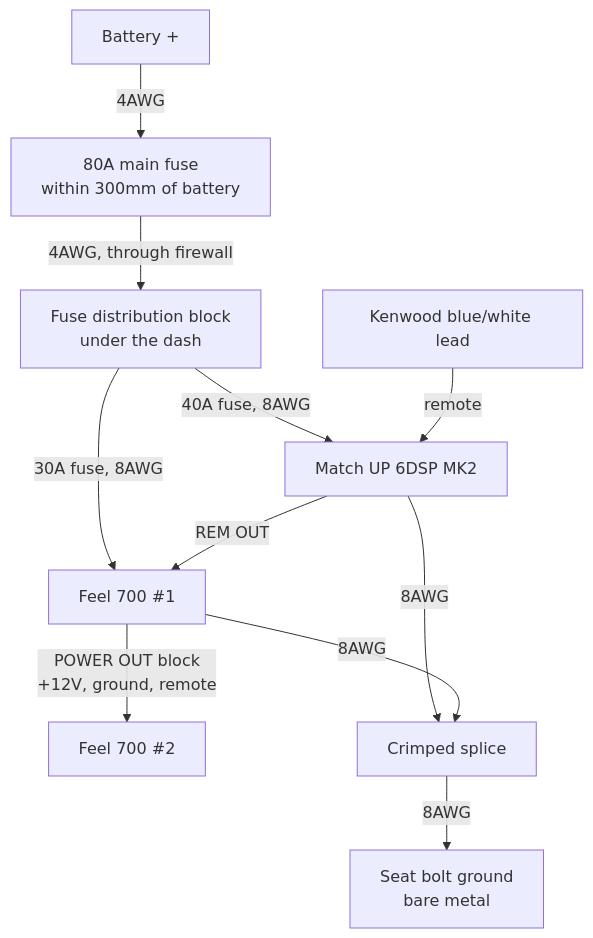
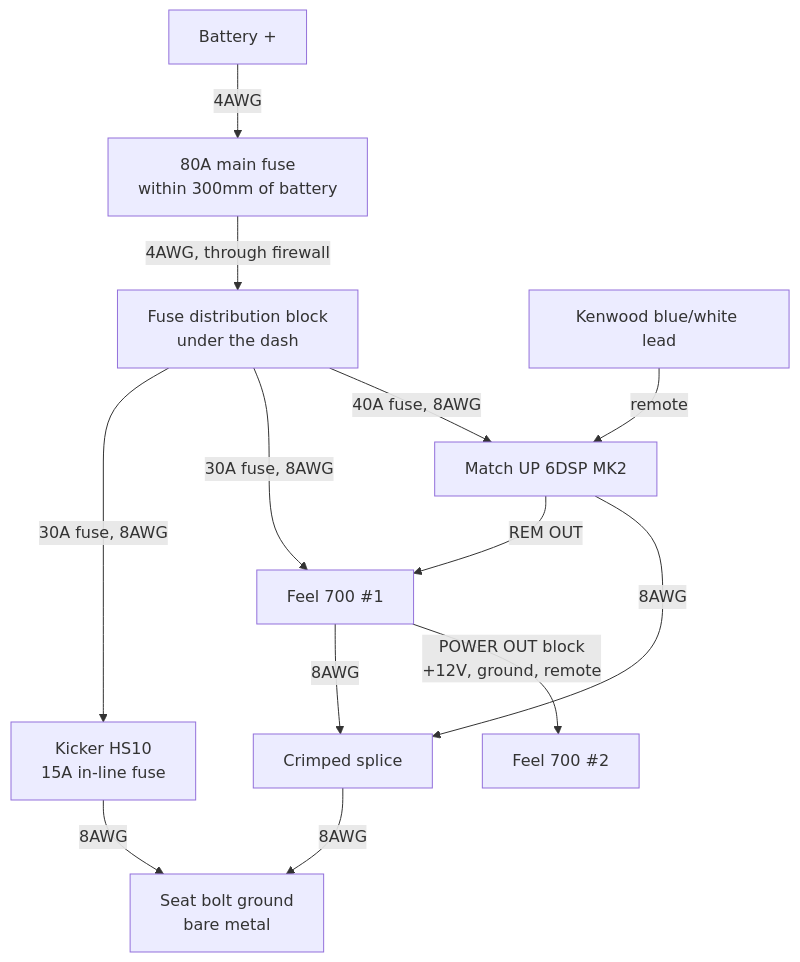
Before and after one commit to badsyntax/jimny-sound: the second of 4 diagrams in docs/index.md, drawn with Mermaid. The commit also changed other lines of this file and 17 other files, not shown here.

````diff
--- a/docs/index.md
+++ b/docs/index.md
@@ -180,13 +187,15 @@
 ```mermaid
 flowchart TD
     BAT["Battery +"] -->|"4AWG"| FUSE["80A main fuse<br/>within 300mm of battery"]
     FUSE -->|"4AWG, through firewall"| BLOCK["Fuse distribution block<br/>under the dash"]
     BLOCK -->|"40A fuse, 8AWG"| AMP["Match UP 6DSP MK2"]
     BLOCK -->|"30A fuse, 8AWG"| S1["Feel 700 #1"]
     S1 -->|"POWER OUT block<br/>+12V, ground, remote"| S2["Feel 700 #2"]
+    BLOCK -->|"30A fuse, 8AWG"| HS["Kicker HS10<br/>15A in-line fuse"]
+    HS -->|"8AWG"| GND
     AMP -->|"8AWG"| SPLICE["Crimped splice"]
     S1 -->|"8AWG"| SPLICE
     SPLICE -->|"8AWG"| GND["Seat bolt ground<br/>bare metal"]
     HU["Kenwood blue/white lead"] -->|"remote"| AMP
     AMP -->|"REM OUT"| S1
 ```
````
